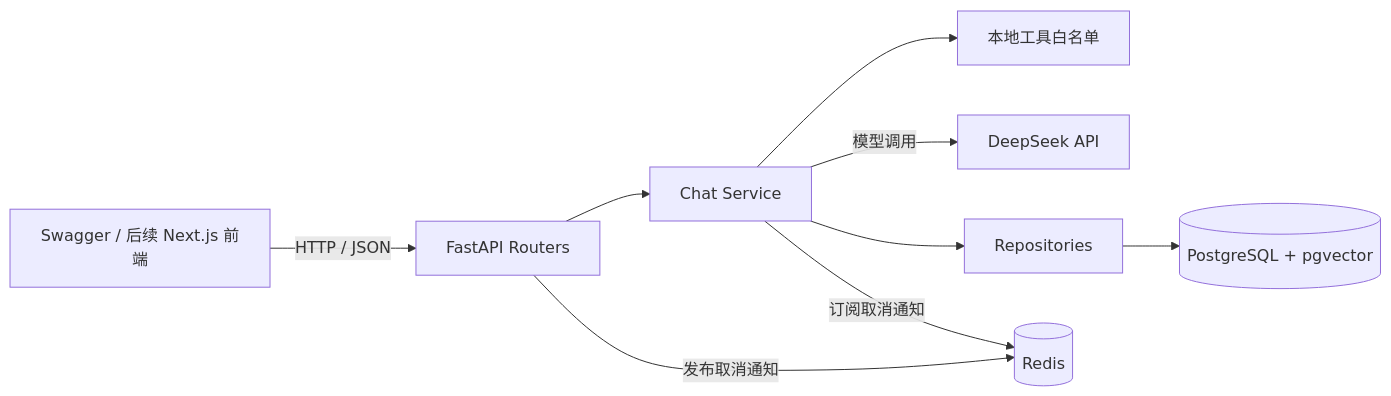
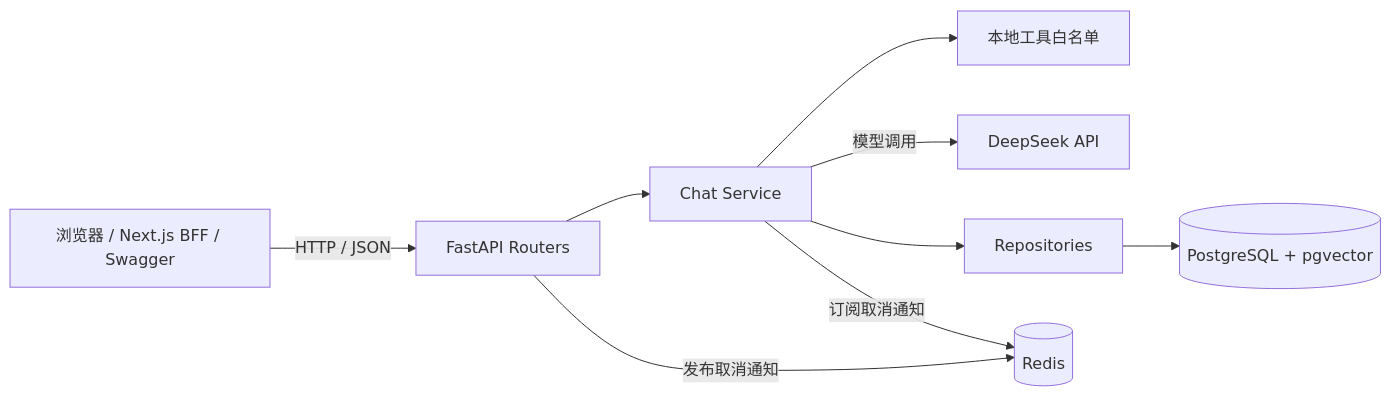
The first of 5 diagrams in docs/architecture.md (wxc4234/ai-agent-learning-lab), drawn with Mermaid before and after one commit. The commit also changed other lines of this file and 18 other files, not shown here.

````diff
--- a/docs/architecture.md
+++ b/docs/architecture.md
@@ -3,20 +3,20 @@
 ```mermaid
 flowchart LR
-    client[Swagger / 后续 Next.js 前端]
+    client[浏览器 / Next.js BFF / Swagger]
     router[FastAPI Routers]
     service[Chat Service]
     tools[本地工具白名单]
     model[DeepSeek API]
     repo[Repositories]
     postgres[(PostgreSQL + pgvector)]
     redis[(Redis)]
 
     client -->|HTTP / JSON| router
     router --> service
     service --> tools
     service -->|模型调用| model
     service --> repo
     repo --> postgres
     router -->|发布取消通知| redis
     service -->|订阅取消通知| redis
 ```
````
